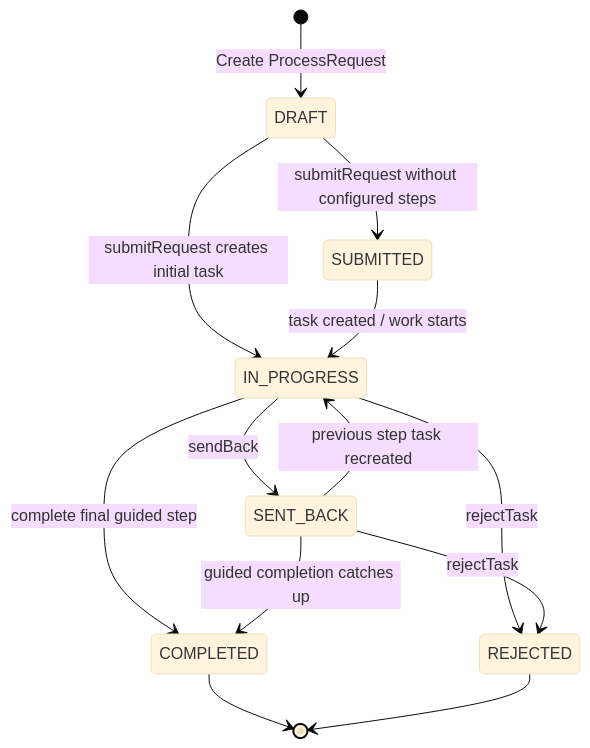
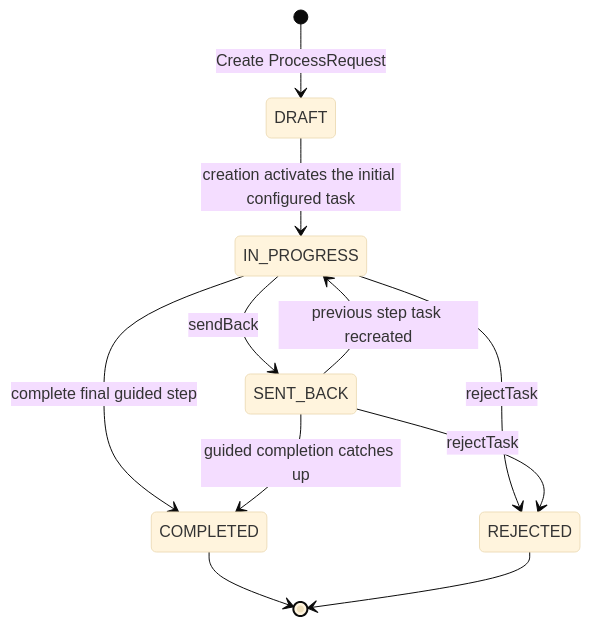
One commit to abasu1996/CAPM changed the fourth of 7 diagrams in flowmate/docs/technical-architecture.md. Above: the diagram before and after it, drawn with Mermaid (base theme). The commit also changed other lines of this file and 82 other files, not shown here.

````diff
--- a/flowmate/docs/technical-architecture.md
+++ b/flowmate/docs/technical-architecture.md
@@ -294,15 +292,13 @@
 ```mermaid
 stateDiagram-v2
   [*] --> DRAFT: Create ProcessRequest
-  DRAFT --> IN_PROGRESS: submitRequest creates initial task
-  DRAFT --> SUBMITTED: submitRequest without configured steps
-  SUBMITTED --> IN_PROGRESS: task created / work starts
+  DRAFT --> IN_PROGRESS: creation activates the initial configured task
   IN_PROGRESS --> SENT_BACK: sendBack
   SENT_BACK --> IN_PROGRESS: previous step task recreated
   IN_PROGRESS --> REJECTED: rejectTask
   IN_PROGRESS --> COMPLETED: complete final guided step
   SENT_BACK --> REJECTED: rejectTask
   SENT_BACK --> COMPLETED: guided completion catches up
   COMPLETED --> [*]
   REJECTED --> [*]
 ```
````
